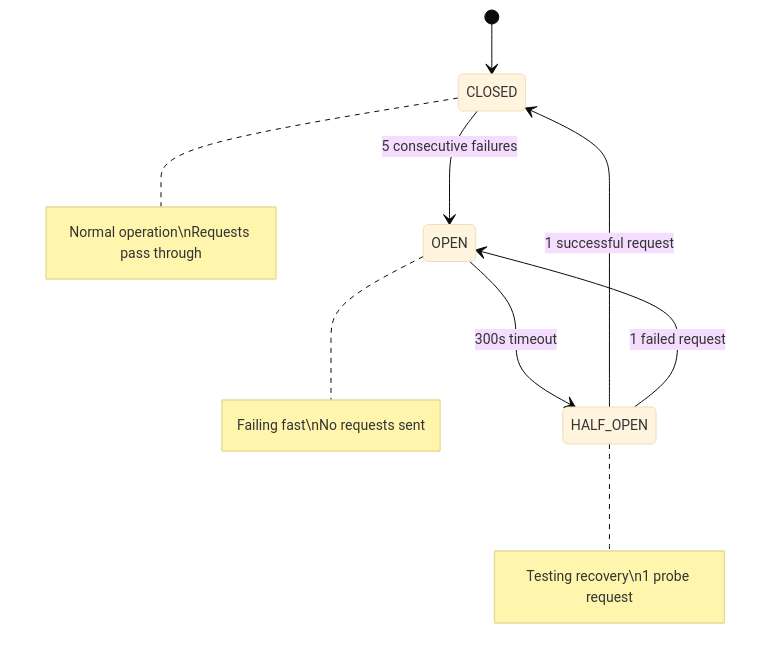
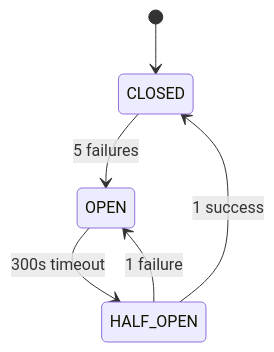
One commit to FiscalMindset/job changed the eighth of 8 diagrams in ARCHITECTURE.md. Above: the diagram before and after it, drawn with Mermaid. The commit also changed other lines of this file, not shown here.

First line of the commit message:
docs: reorganize ARCHITECTURE.md into collapsible tabbed sections

````diff
--- a/ARCHITECTURE.md
+++ b/ARCHITECTURE.md
@@ -718,13 +476,8 @@
 ```mermaid
-%%{init: {'theme': 'base', 'themeVariables': { 'fontSize': '14px'}}}%%
 stateDiagram-v2
     [*] --> CLOSED
-    CLOSED --> OPEN: 5 consecutive failures
+    CLOSED --> OPEN: 5 failures
     OPEN --> HALF_OPEN: 300s timeout
-    HALF_OPEN --> CLOSED: 1 successful request
-    HALF_OPEN --> OPEN: 1 failed request
-    
-    note right of CLOSED: Normal operation\nRequests pass through
-    note right of OPEN: Failing fast\nNo requests sent
-    note right of HALF_OPEN: Testing recovery\n1 probe request
+    HALF_OPEN --> CLOSED: 1 success
+    HALF_OPEN --> OPEN: 1 failure
 ```
````
